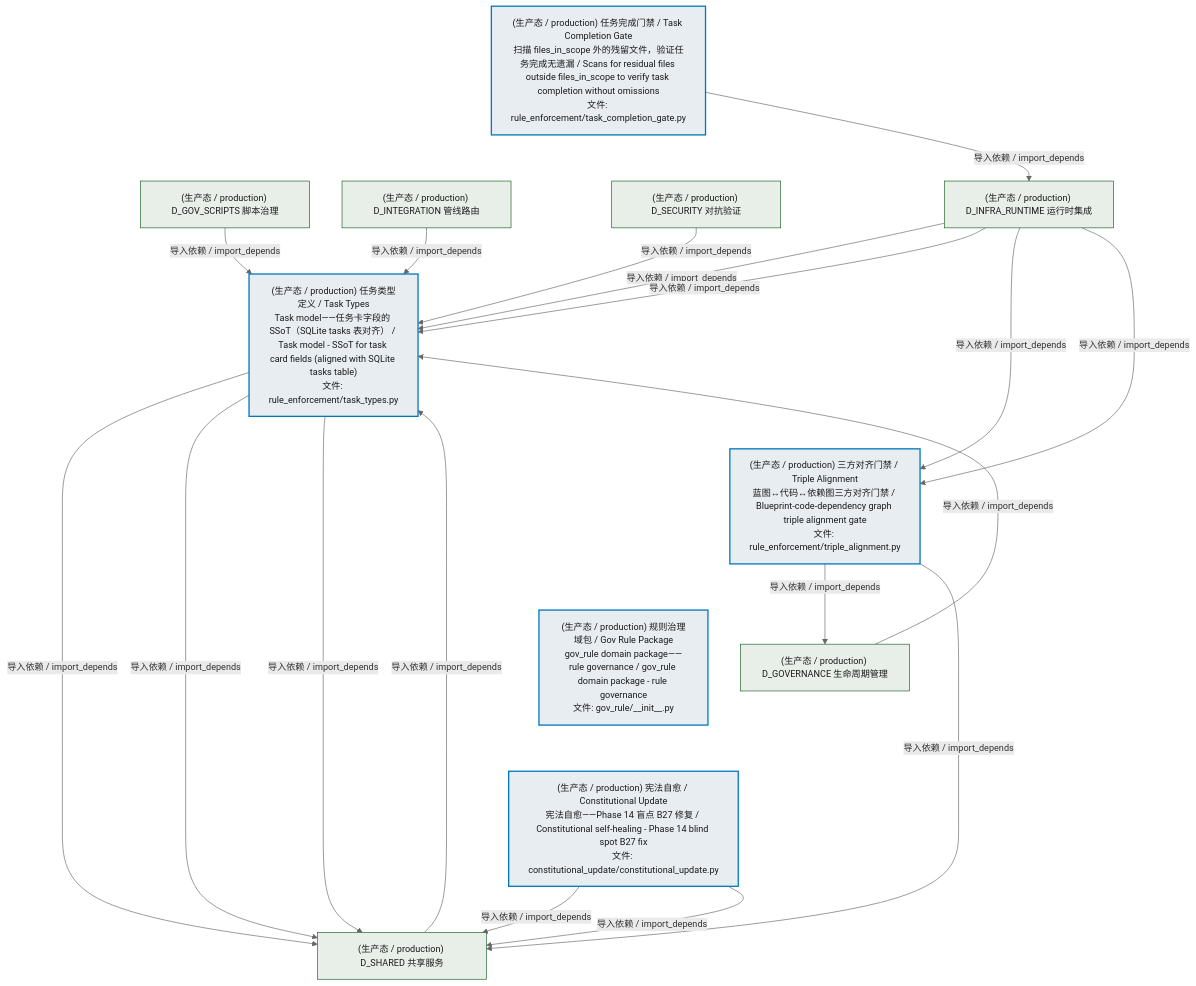
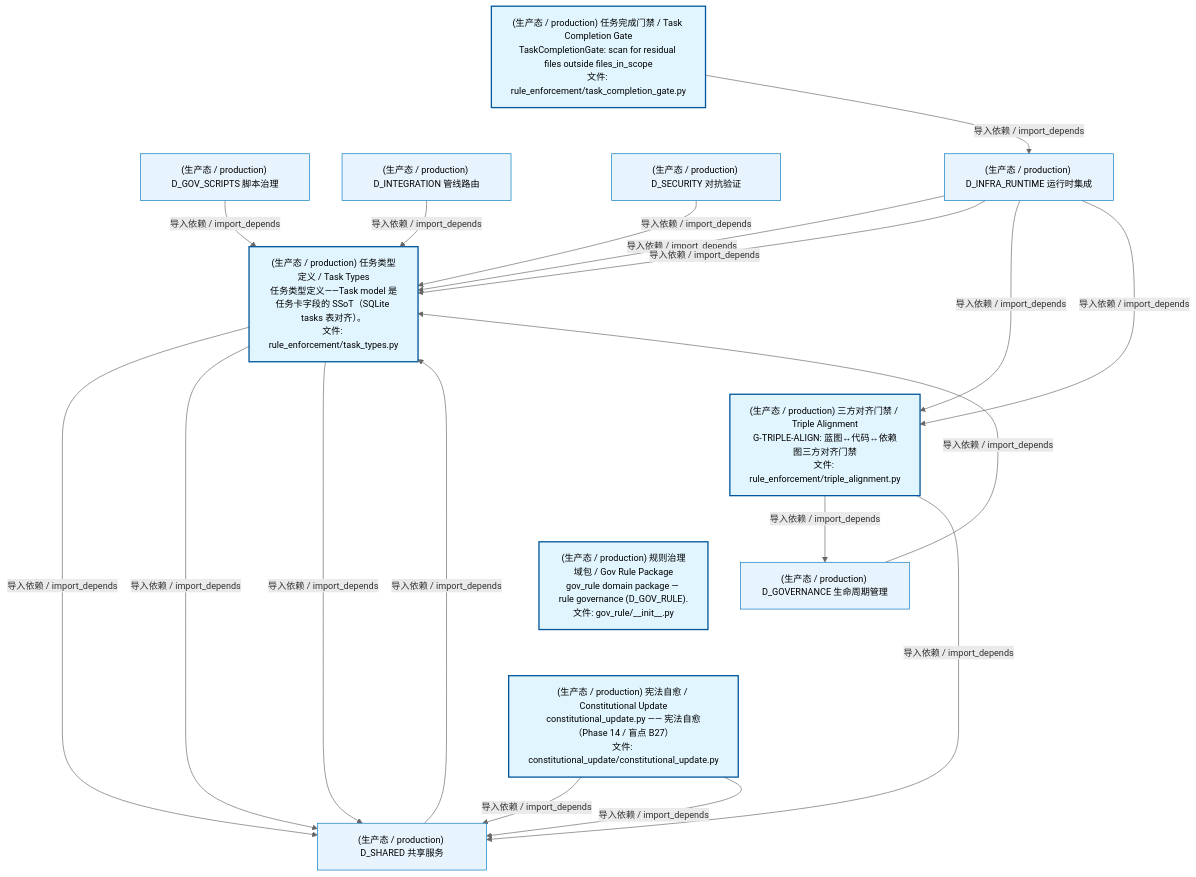
Before and after one commit to xuanFelixVan/ZephyrAlpha: the second of 4 diagrams in docs/02_enterprise_architecture/02_domain_architecture_docs/55_d_gov_rule.md, drawn with Mermaid. The commit also changed other lines of this file and 75 other files, not shown here.

````diff
--- a/docs/02_enterprise_architecture/02_domain_architecture_docs/55_d_gov_rule.md
+++ b/docs/02_enterprise_architecture/02_domain_architecture_docs/55_d_gov_rule.md
@@ -219,42 +219,42 @@
 ```mermaid
 %%{init: {'theme': 'base', 'themeVariables': {'primaryColor': '#eaeaea', 'primaryTextColor': '#333333', 'primaryBorderColor': '#666666', 'lineColor': '#666666', 'secondaryColor': '#eaeaea', 'tertiaryColor': '#eaeaea', 'fontSize': '14px'}}}%%
 flowchart TD
-    src_zephyr_gov_enforcement_rule_enforcement_task_completion_gate_py["(生产态 / production) 任务完成门禁 / Task Completion Gate<br/>扫描 files_in_scope 外的残留文件，验证任务完成无遗漏 / Scans for residual files outside files_in_scope to verify task completion without omissions<br/>文件: rule_enforcement/task_completion_gate.py"]
-    src_zephyr_gov_enforcement_rule_enforcement_task_types_py["(生产态 / production) 任务类型定义 / Task Types<br/>Task model——任务卡字段的 SSoT（SQLite tasks 表对齐） / Task model - SSoT for task card fields (aligned with SQLite tasks table)<br/>文件: rule_enforcement/task_types.py"]
-    src_zephyr_gov_enforcement_rule_enforcement_triple_alignment_py["(生产态 / production) 三方对齐门禁 / Triple Alignment<br/>蓝图↔代码↔依赖图三方对齐门禁 / Blueprint-code-dependency graph triple alignment gate<br/>文件: rule_enforcement/triple_alignment.py"]
-    src_zephyr_gov_rule_init_py["(生产态 / production) 规则治理域包 / Gov Rule Package<br/>gov_rule domain package——rule governance / gov_rule domain package - rule governance<br/>文件: gov_rule/__init__.py"]
-    src_zephyr_gov_rule_constitutional_update_constitutional_update_py["(生产态 / production) 宪法自愈 / Constitutional Update<br/>宪法自愈——Phase 14 盲点 B27 修复 / Constitutional self-healing - Phase 14 blind spot B27 fix<br/>文件: constitutional_update/constitutional_update.py"]
+    src_zephyr_gov_enforcement_rule_enforcement_task_completion_gate_py["(生产态 / production) 任务完成门禁 / Task Completion Gate<br/>TaskCompletionGate: scan for residual files outside files_in_scope<br/>文件: rule_enforcement/task_completion_gate.py"]
+    src_zephyr_gov_enforcement_rule_enforcement_task_types_py["(生产态 / production) 任务类型定义 / Task Types<br/>任务类型定义——Task model 是任务卡字段的 SSoT（SQLite tasks 表对齐）。<br/>文件: rule_enforcement/task_types.py"]
+    src_zephyr_gov_enforcement_rule_enforcement_triple_alignment_py["(生产态 / production) 三方对齐门禁 / Triple Alignment<br/>G-TRIPLE-ALIGN: 蓝图↔代码↔依赖图三方对齐门禁<br/>文件: rule_enforcement/triple_alignment.py"]
+    src_zephyr_gov_rule_init_py["(生产态 / production) 规则治理域包 / Gov Rule Package<br/>gov_rule domain package — rule governance (D_GOV_RULE).<br/>文件: gov_rule/__init__.py"]
+    src_zephyr_gov_rule_constitutional_update_constitutional_update_py["(生产态 / production) 宪法自愈 / Constitutional Update<br/>constitutional_update.py —— 宪法自愈（Phase 14 / 盲点 B27）<br/>文件: constitutional_update/constitutional_update.py"]
     src_zephyr_gov_enforcement_rule_enforcement_task_completion_gate_py ~~~ src_zephyr_gov_enforcement_rule_enforcement_task_types_py
     src_zephyr_gov_enforcement_rule_enforcement_task_types_py ~~~ src_zephyr_gov_enforcement_rule_enforcement_triple_alignment_py
     src_zephyr_gov_enforcement_rule_enforcement_triple_alignment_py ~~~ src_zephyr_gov_rule_init_py
     src_zephyr_gov_rule_init_py ~~~ src_zephyr_gov_rule_constitutional_update_constitutional_update_py
     D_INFRA_RUNTIME["(生产态 / production) D_INFRA_RUNTIME 运行时集成"]
     src_zephyr_gov_enforcement_rule_enforcement_task_completion_gate_py -->|导入依赖 / import_depends| D_INFRA_RUNTIME
     D_SHARED["(生产态 / production) D_SHARED 共享服务"]
     src_zephyr_gov_enforcement_rule_enforcement_task_types_py -->|导入依赖 / import_depends| D_SHARED
     src_zephyr_gov_rule_constitutional_update_constitutional_update_py -->|导入依赖 / import_depends| D_SHARED
     src_zephyr_gov_rule_constitutional_update_constitutional_update_py -->|导入依赖 / import_depends| D_SHARED
     D_GOVERNANCE["(生产态 / production) D_GOVERNANCE 生命周期管理"]
     src_zephyr_gov_enforcement_rule_enforcement_triple_alignment_py -->|导入依赖 / import_depends| D_GOVERNANCE
     src_zephyr_gov_enforcement_rule_enforcement_triple_alignment_py -->|导入依赖 / import_depends| D_SHARED
     src_zephyr_gov_enforcement_rule_enforcement_task_types_py -->|导入依赖 / import_depends| D_SHARED
     src_zephyr_gov_enforcement_rule_enforcement_task_types_py -->|导入依赖 / import_depends| D_SHARED
     D_INFRA_RUNTIME -->|导入依赖 / import_depends| src_zephyr_gov_enforcement_rule_enforcement_task_types_py
     D_GOV_SCRIPTS["(生产态 / production) D_GOV_SCRIPTS 脚本治理"]
     D_GOV_SCRIPTS -->|导入依赖 / import_depends| src_zephyr_gov_enforcement_rule_enforcement_task_types_py
     D_INTEGRATION["(生产态 / production) D_INTEGRATION 管线路由"]
     D_INTEGRATION -->|导入依赖 / import_depends| src_zephyr_gov_enforcement_rule_enforcement_task_types_py
     D_INFRA_RUNTIME -->|导入依赖 / import_depends| src_zephyr_gov_enforcement_rule_enforcement_task_types_py
     D_INFRA_RUNTIME -->|导入依赖 / import_depends| src_zephyr_gov_enforcement_rule_enforcement_triple_alignment_py
     D_SHARED -->|导入依赖 / import_depends| src_zephyr_gov_enforcement_rule_enforcement_task_types_py
     D_SECURITY["(生产态 / production) D_SECURITY 对抗验证"]
     D_SECURITY -->|导入依赖 / import_depends| src_zephyr_gov_enforcement_rule_enforcement_task_types_py
     D_INFRA_RUNTIME -->|导入依赖 / import_depends| src_zephyr_gov_enforcement_rule_enforcement_triple_alignment_py
     D_GOVERNANCE -->|导入依赖 / import_depends| src_zephyr_gov_enforcement_rule_enforcement_task_types_py
-    classDef production fill:#e8edf2,stroke:#0277bd,stroke-width:2px,color:#1a1a1a
-    classDef design fill:#f0ebe3,stroke:#bf360c,stroke-width:2px,color:#1a1a1a,stroke-dasharray: 5 5
-    classDef external_prod fill:#e8efe9,stroke:#1b5e20,stroke-width:1px,color:#1a1a1a
-    classDef external_design fill:#efe5ea,stroke:#880e4f,stroke-width:1px,color:#1a1a1a,stroke-dasharray: 5 5
+    classDef production fill:#e1f5fe,stroke:#01579b,stroke-width:2px,color:#000
+    classDef design fill:#fff3e0,stroke:#e65100,stroke-width:2px,color:#000,stroke-dasharray: 5 5
+    classDef external_prod fill:#e8f4fd,stroke:#0277bd,stroke-width:1px,color:#000
+    classDef external_design fill:#fff8e7,stroke:#ef6c00,stroke-width:1px,color:#000,stroke-dasharray: 5 5
     class src_zephyr_gov_enforcement_rule_enforcement_task_completion_gate_py,src_zephyr_gov_enforcement_rule_enforcement_task_types_py,src_zephyr_gov_enforcement_rule_enforcement_triple_alignment_py,src_zephyr_gov_rule_init_py,src_zephyr_gov_rule_constitutional_update_constitutional_update_py production
     class D_INFRA_RUNTIME,D_SHARED,D_GOVERNANCE,D_GOV_SCRIPTS,D_INTEGRATION,D_SECURITY external_prod
 ```
````
